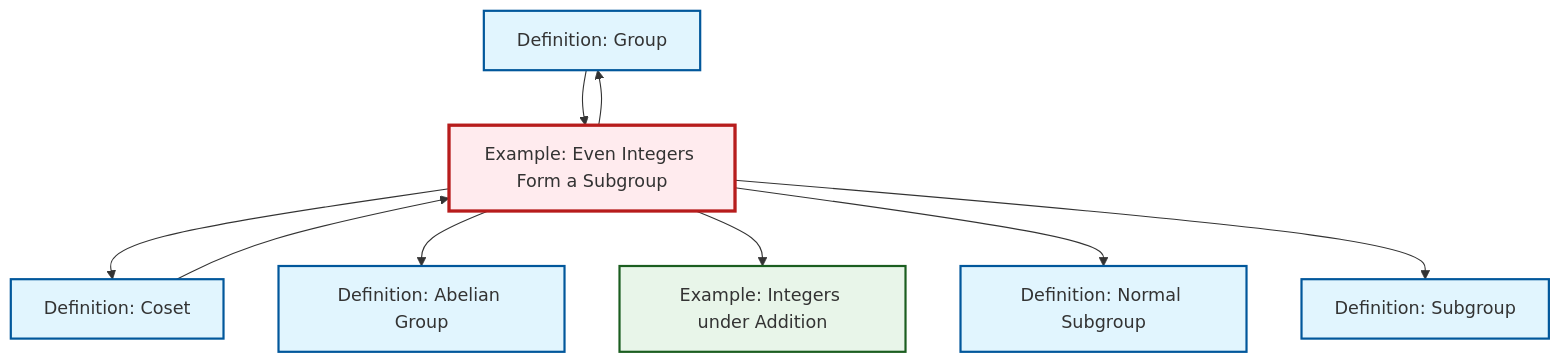
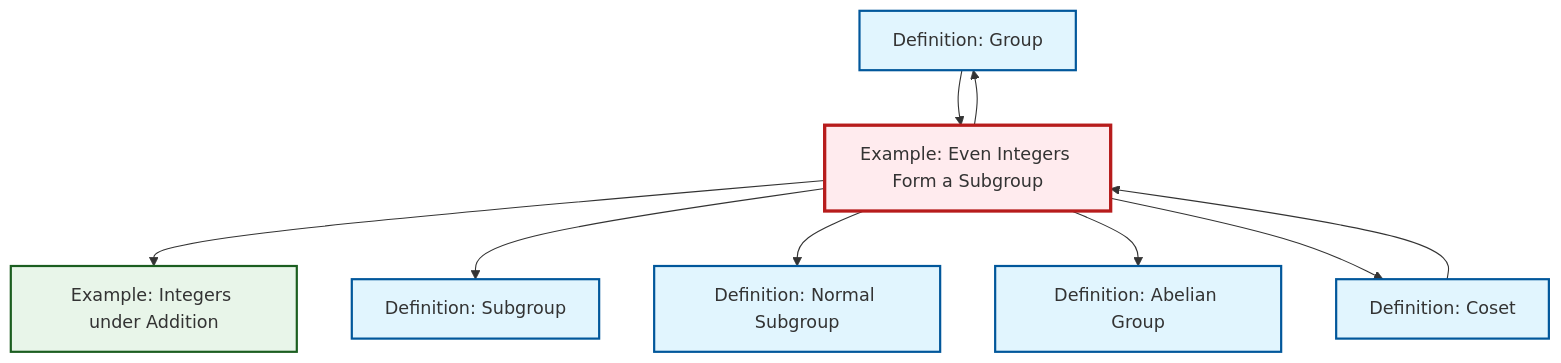
One commit to RK0429/ModernMath changed the diagram in content/ja/algebra/ex-even-integers-subgroup.qmd. Above: the diagram before and after it, drawn with Mermaid. The commit also changed other lines of this file and 634 other files, not shown here.

````diff
--- a/content/ja/algebra/ex-even-integers-subgroup.qmd
+++ b/content/ja/algebra/ex-even-integers-subgroup.qmd
@@ -52,31 +52,31 @@
 ```{mermaid}
 %%| fig-cap: "Local dependency graph"
 graph TD
     classDef definition fill:#e1f5fe,stroke:#01579b,stroke-width:2px
     classDef theorem fill:#f3e5f5,stroke:#4a148c,stroke-width:2px
     classDef axiom fill:#fff3e0,stroke:#e65100,stroke-width:2px
     classDef example fill:#e8f5e9,stroke:#1b5e20,stroke-width:2px
     classDef current fill:#ffebee,stroke:#b71c1c,stroke-width:3px
+    def-group["Definition: Group"]:::definition
+    def-abelian-group["Definition: Abelian Group"]:::definition
+    def-subgroup["Definition: Subgroup"]:::definition
     def-normal-subgroup["Definition: Normal Subgroup"]:::definition
-    def-abelian-group["Definition: Abelian Group"]:::definition
+    ex-even-integers-subgroup["Example: Even Integers Form a Subgroup"]:::example
+    def-coset["Definition: Coset"]:::definition
     ex-integers-addition["Example: Integers under Addition"]:::example
-    def-group["Definition: Group"]:::definition
-    def-subgroup["Definition: Subgroup"]:::definition
-    def-coset["Definition: Coset"]:::definition
-    ex-even-integers-subgroup["Example: Even Integers Form a Subgroup"]:::example
+    ex-even-integers-subgroup --> ex-integers-addition
+    ex-even-integers-subgroup --> def-subgroup
     def-coset --> ex-even-integers-subgroup
+    ex-even-integers-subgroup --> def-normal-subgroup
     def-group --> ex-even-integers-subgroup
+    ex-even-integers-subgroup --> def-abelian-group
     ex-even-integers-subgroup --> def-coset
     ex-even-integers-subgroup --> def-group
-    ex-even-integers-subgroup --> def-abelian-group
-    ex-even-integers-subgroup --> ex-integers-addition
-    ex-even-integers-subgroup --> def-normal-subgroup
-    ex-even-integers-subgroup --> def-subgroup
     class ex-even-integers-subgroup current
+    click def-group "def-group.html" "Definition: Groupへ"
+    click def-abelian-group "def-abelian-group.html" "Definition: Abelian Groupへ"
+    click def-subgroup "def-subgroup.html" "Definition: Subgroupへ"
     click def-normal-subgroup "def-normal-subgroup.html" "Definition: Normal Subgroupへ"
-    click def-abelian-group "def-abelian-group.html" "Definition: Abelian Groupへ"
+    click def-coset "def-coset.html" "Definition: Cosetへ"
     click ex-integers-addition "ex-integers-addition.html" "Example: Integers under Additionへ"
-    click def-group "def-group.html" "Definition: Groupへ"
-    click def-subgroup "def-subgroup.html" "Definition: Subgroupへ"
-    click def-coset "def-coset.html" "Definition: Cosetへ"
 ```
````
